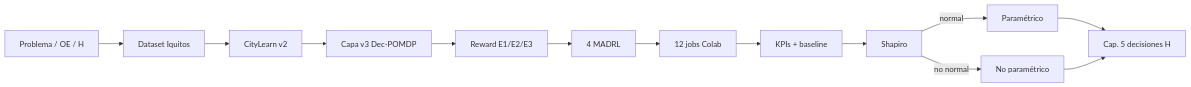
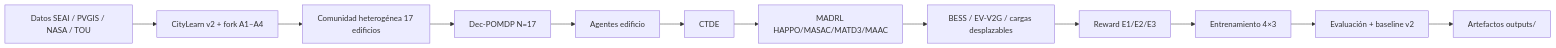
The diagram in docs/tesis_capitulos/Capitulo_4_Desarrollo_Propuesta.md (Mac-Tapia/MADRLCitytleranflexresdr), drawn with Mermaid before and after one commit. The commit also changed other lines of this file and 757 other files, not shown here.

````diff
--- a/docs/tesis_capitulos/Capitulo_4_Desarrollo_Propuesta.md
+++ b/docs/tesis_capitulos/Capitulo_4_Desarrollo_Propuesta.md
@@ -48,15 +13,14 @@
 ```mermaid
 flowchart LR
-  A[Problema / OE / H] --> B[Dataset Iquitos]
-  B --> C[CityLearn v2]
-  C --> D[Capa v3 Dec-POMDP]
-  D --> E[Reward E1/E2/E3]
-  E --> F[4 MADRL]
-  F --> G[12 jobs Colab]
-  G --> H[KPIs + baseline]
-  H --> I[Shapiro]
-  I -->|normal| J[Paramétrico]
-  I -->|no normal| K[No paramétrico]
-  J --> L[Cap. 5 decisiones H]
-  K --> L
+  A[Datos SEAI / PVGIS / NASA / TOU] --> B[CityLearn v2 + fork A1–A4]
+  B --> C[Comunidad heterogénea 17 edificios]
+  C --> D[Dec-POMDP N=17]
+  D --> E[Agentes edificio]
+  E --> F[CTDE]
+  F --> G[MADRL HAPPO/MASAC/MATD3/MAAC]
+  G --> H[BESS / EV-V2G / cargas desplazables]
+  H --> I[Reward E1/E2/E3]
+  I --> J[Entrenamiento 4×3]
+  J --> K[Evaluación + baseline v2]
+  K --> L[Artefactos outputs/]
 ```
````
